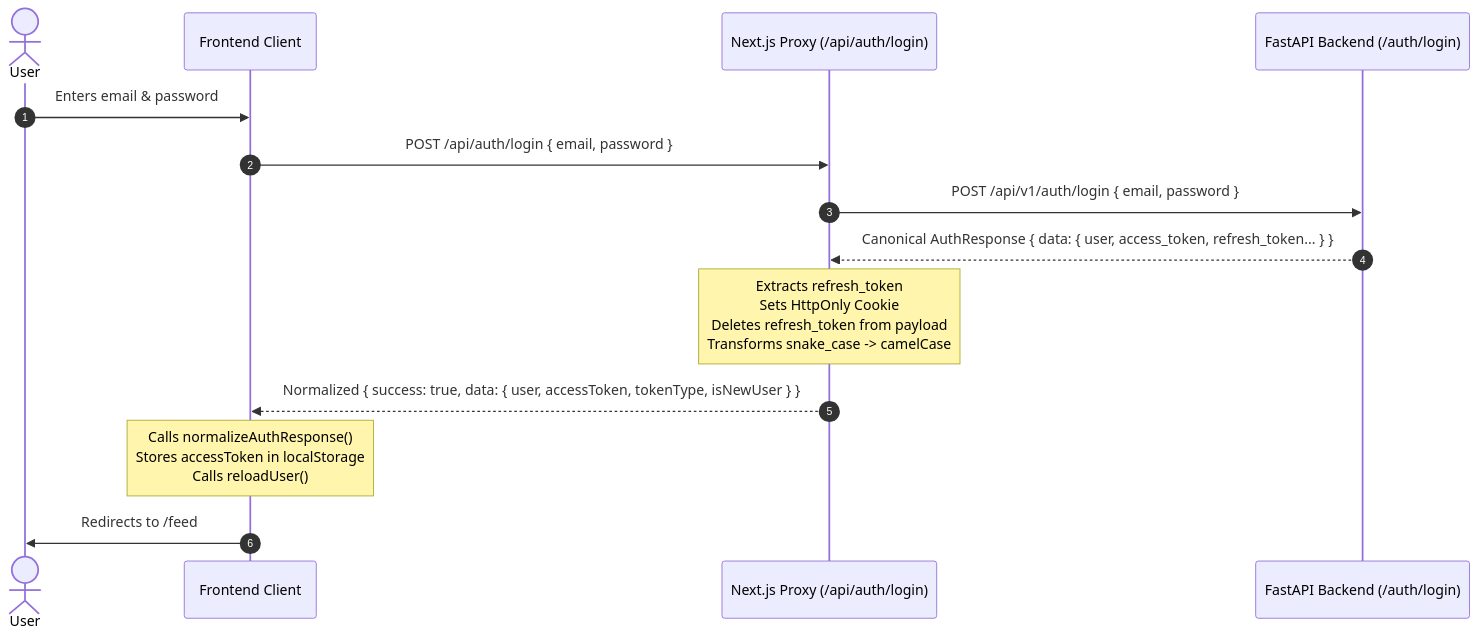
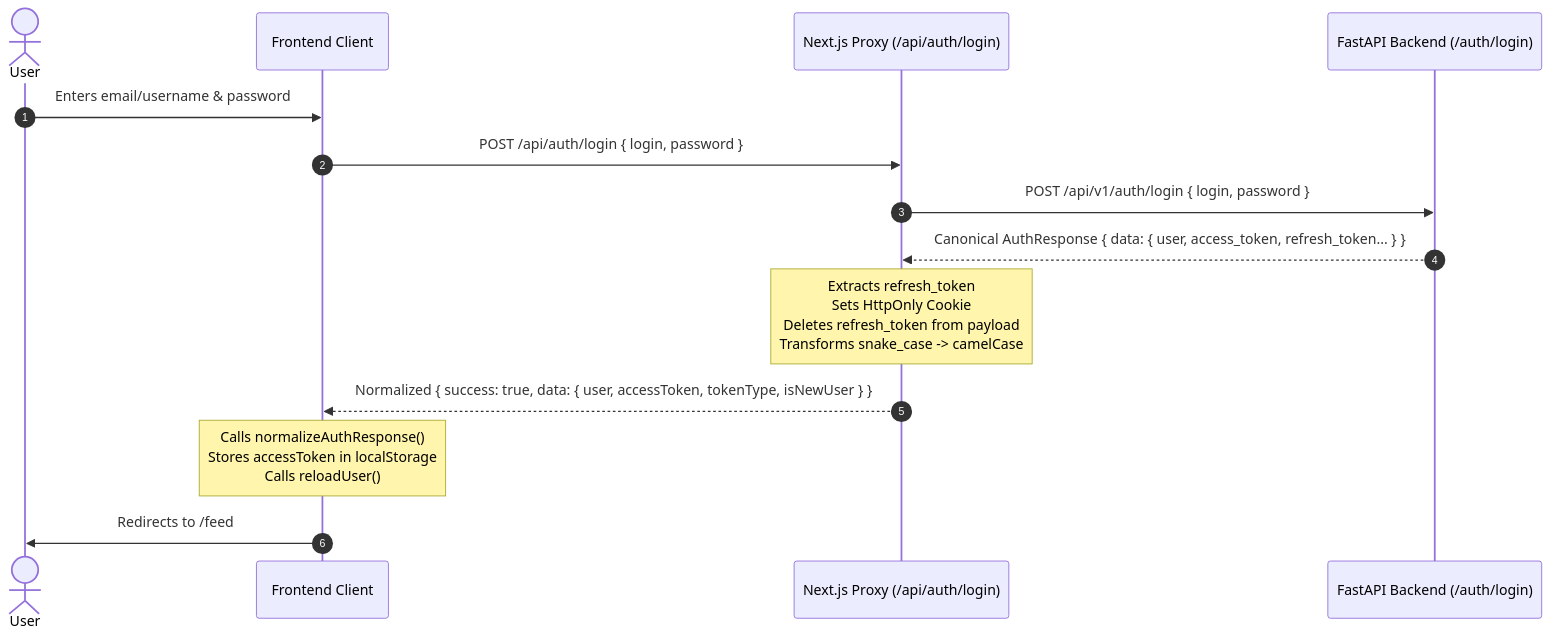
One commit to danhazan/greatful changed the first of 2 diagrams in docs/AUTHENTICATION_SYSTEM_SPEC_v1.md. Above: the diagram before and after it, drawn with Mermaid. The commit also changed other lines of this file and 15 other files, not shown here.

First line of the commit message:
feat: login with username or email

````diff
--- a/docs/AUTHENTICATION_SYSTEM_SPEC_v1.md
+++ b/docs/AUTHENTICATION_SYSTEM_SPEC_v1.md
@@ -57,21 +57,21 @@
 ```mermaid
 sequenceDiagram
     autonumber
     actor User
     participant Client as Frontend Client
     participant Proxy as Next.js Proxy (/api/auth/login)
     participant Backend as FastAPI Backend (/auth/login)
 
-    User->>Client: Enters email & password
-    Client->>Proxy: POST /api/auth/login { email, password }
-    Proxy->>Backend: POST /api/v1/auth/login { email, password }
+    User->>Client: Enters email/username & password
+    Client->>Proxy: POST /api/auth/login { login, password }
+    Proxy->>Backend: POST /api/v1/auth/login { login, password }
     Backend-->>Proxy: Canonical AuthResponse { data: { user, access_token, refresh_token... } }
     
     Note over Proxy: Extracts refresh_token<br/>Sets HttpOnly Cookie<br/>Deletes refresh_token from payload<br/>Transforms snake_case -> camelCase
     
     Proxy-->>Client: Normalized { success: true, data: { user, accessToken, tokenType, isNewUser } }
     
     Note over Client: Calls normalizeAuthResponse()<br/>Stores accessToken in localStorage<br/>Calls reloadUser()
     
     Client->>User: Redirects to /feed
 ```
````
